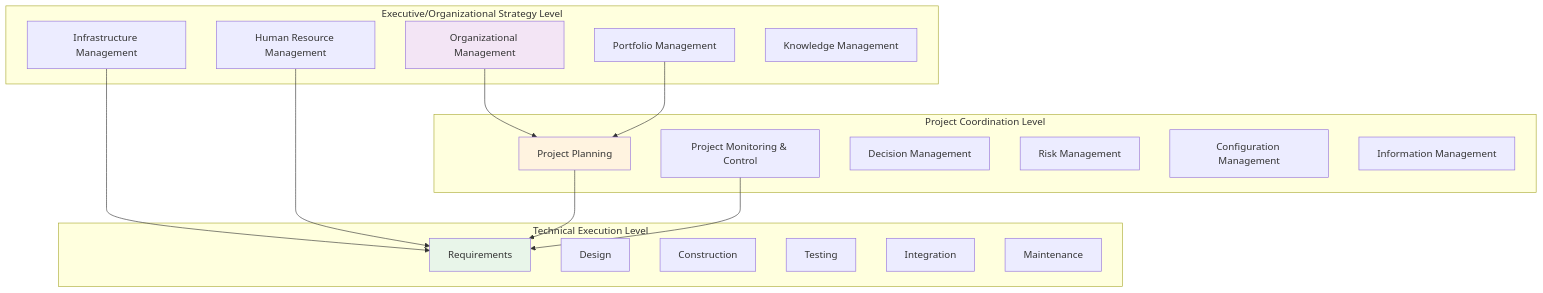
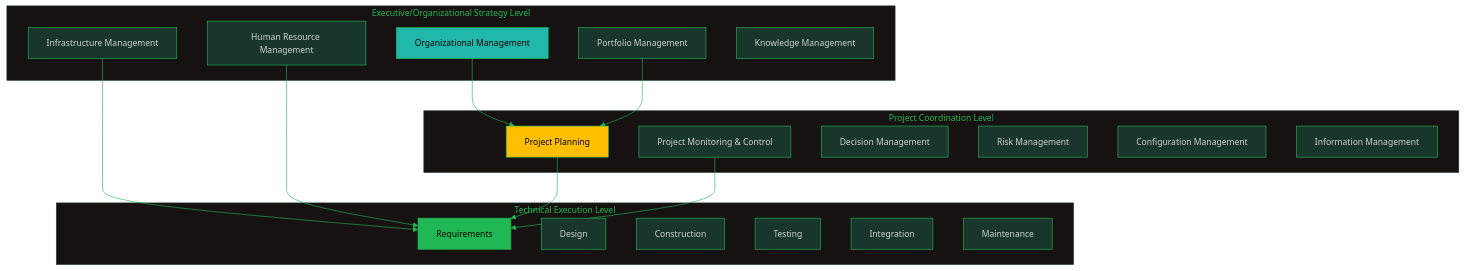
The first of 8 diagrams in software-engineering-note/10_Software_Engineering_Process/08_Process_Monitoring_and_Adaptation.md (oat431/swe-knowledge), drawn with Mermaid before and after one commit. The commit also changed other lines of this file and 28 other files, not shown here.

````diff
--- a/software-engineering-note/10_Software_Engineering_Process/08_Process_Monitoring_and_Adaptation.md
+++ b/software-engineering-note/10_Software_Engineering_Process/08_Process_Monitoring_and_Adaptation.md
@@ -16,39 +16,40 @@
 ```mermaid
+%%{init: {'theme':'base','themeVariables':{'primaryColor':'#19362D','primaryTextColor':'#CDD3D1','primaryBorderColor':'#1FB854','lineColor':'#1FB854','secondaryColor':'#161212','tertiaryColor':'#1B1717','background':'#1B1717','mainBkg':'#19362D','nodeBorder':'#1FB854','clusterBkg':'#161212','clusterBorder':'#19362D','titleColor':'#1FB854','edgeLabelBackground':'#161212','fontSize':'14px'}}}%%
 graph TB
     subgraph "Executive/Organizational Strategy Level"
         E1[Organizational Management]
         E2[Portfolio Management]
         E3[Infrastructure Management]
         E4[Human Resource Management]
         E5[Knowledge Management]
     end
     
     subgraph "Project Coordination Level"
         M1[Project Planning]
         M2[Project Monitoring & Control]
         M3[Decision Management]
         M4[Risk Management]
         M5[Configuration Management]
         M6[Information Management]
     end
     
     subgraph "Technical Execution Level"
         T1[Requirements]
         T2[Design]
         T3[Construction]
         T4[Testing]
         T5[Integration]
         T6[Maintenance]
     end
     
     E1 --> M1
     E2 --> M1
     E3 --> T1
     E4 --> T1
     M1 --> T1
     M2 --> T1
     
-    style E1 fill:#f3e5f5
-    style M1 fill:#fff3e0
-    style T1 fill:#e8f5e9
+    style E1 fill:#1FB8AB,color:#000000
+    style M1 fill:#FFBE00,color:#000000
+    style T1 fill:#1FB854,color:#000000
 ```
````
